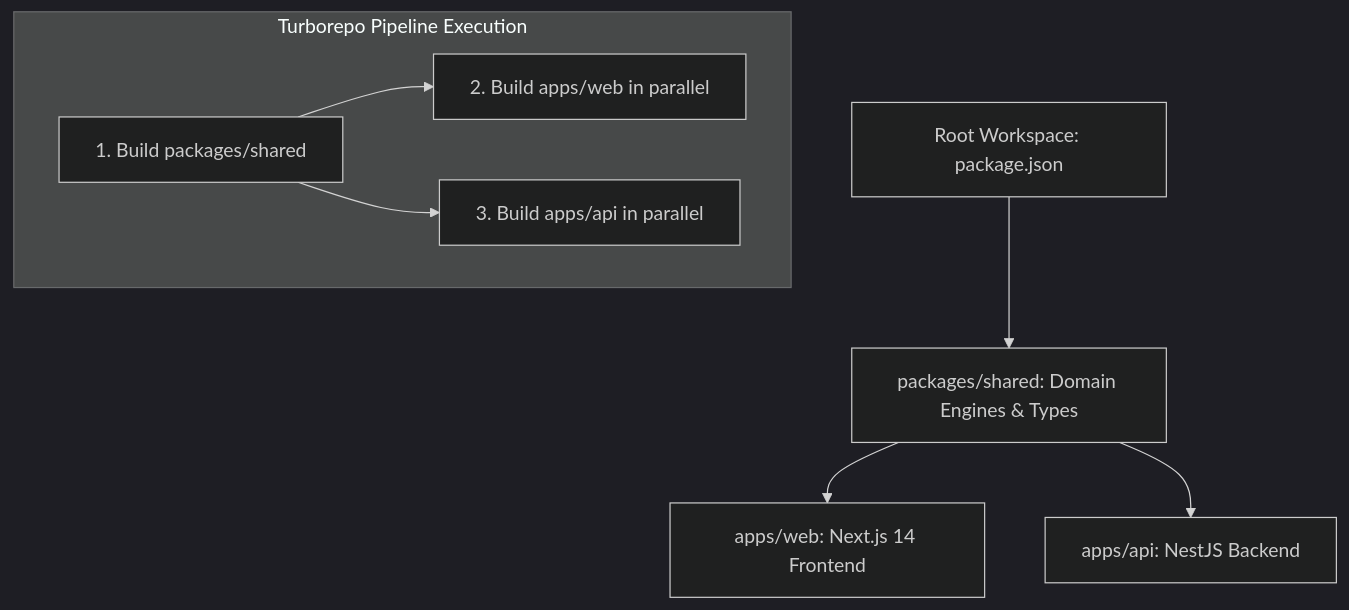
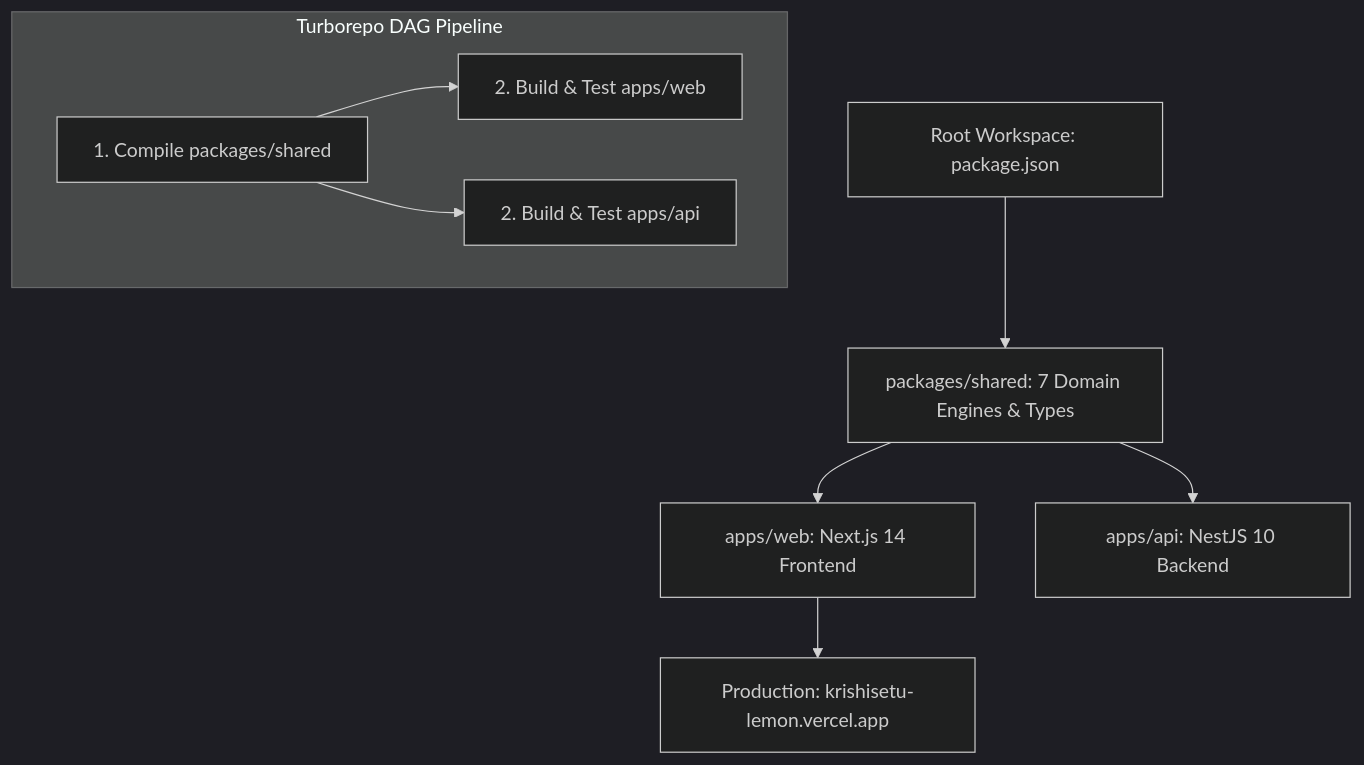
Before and after one commit to HackOpsIndia/KrishiSetu: the diagram in docs/members/ananya-pandey/README.md, drawn with Mermaid (dark theme). The commit also changed other lines of this file and 24 other files, not shown here.

````diff
--- a/docs/members/ananya-pandey/README.md
+++ b/docs/members/ananya-pandey/README.md
@@ -120,11 +23,13 @@
 ```mermaid
 graph TD
-    Root[Root Workspace: package.json] --> Shared[packages/shared: Domain Engines & Types]
-    Shared --> WebApp[apps/web: Next.js 14 Frontend]
-    Shared --> ApiApp[apps/api: NestJS Backend]
+    Root[Root Workspace: package.json] --> Shared[packages/shared: 7 Domain Engines & Types]
+    Shared --> Web[apps/web: Next.js 14 Frontend]
+    Shared --> Api[apps/api: NestJS 10 Backend]
     
-    subgraph TurboBuild [Turborepo Pipeline Execution]
-        B1[1. Build packages/shared] --> B2[2. Build apps/web in parallel]
-        B1 --> B3[3. Build apps/api in parallel]
+    subgraph Pipeline [Turborepo DAG Pipeline]
+        P1[1. Compile packages/shared] --> P2[2. Build & Test apps/web]
+        P1 --> P3[2. Build & Test apps/api]
     end
+    
+    Web --> VercelProd[Production: krishisetu-lemon.vercel.app]
 ```
````
